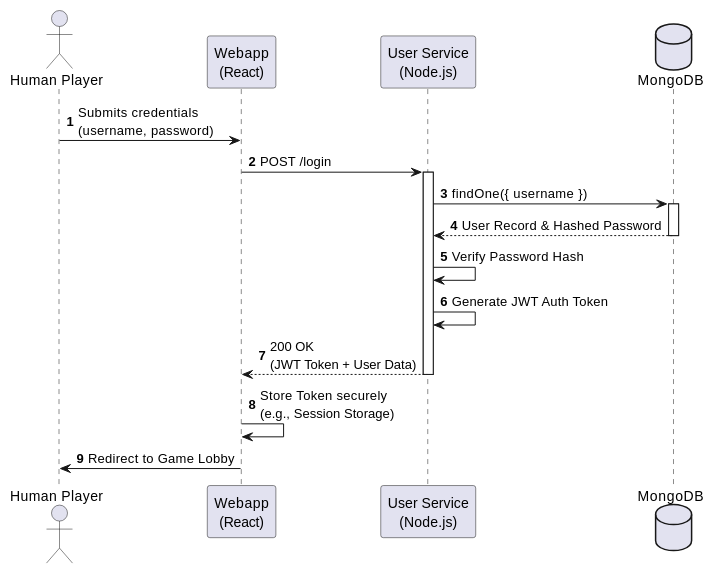
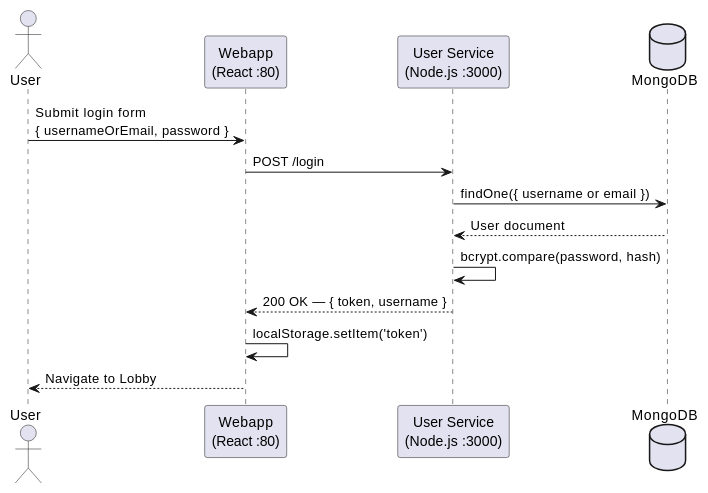
The fourth of 5 diagrams in docs/src/06_runtime_view.adoc (Arquisoft/yovi_en1a), drawn with PlantUML before and after one commit. The commit also changed other lines of this file and 1 other file, not shown here.

```diff
--- a/docs/src/06_runtime_view.adoc
+++ b/docs/src/06_runtime_view.adoc
@@ -133,28 +76,18 @@
 [plantuml, target="auth-flow", format="png"]
 ----
 @startuml
-autonumber
-actor "Human Player" as User
-participant "Webapp\n(React)" as UI
-participant "User Service\n(Node.js)" as Node
+actor "User" as User
+participant "Webapp\n(React :80)" as Webapp
+participant "User Service\n(Node.js :3000)" as Users
 database "MongoDB" as DB
 
-User -> UI : Submits credentials\n(username, password)
-UI -> Node : POST /login
-activate Node
-
-Node -> DB : findOne({ username })
-activate DB
-DB --> Node : User Record & Hashed Password
-deactivate DB
-
-Node -> Node : Verify Password Hash
-Node -> Node : Generate JWT Auth Token
-
-Node --> UI : 200 OK \n(JWT Token + User Data)
-deactivate Node
-
-UI -> UI : Store Token securely\n(e.g., Session Storage)
-UI -> User : Redirect to Game Lobby
+User -> Webapp : Submit login form\n{ usernameOrEmail, password }
+Webapp -> Users : POST /login
+Users -> DB : findOne({ username or email })
+DB --> Users : User document
+Users -> Users : bcrypt.compare(password, hash)
+Users --> Webapp : 200 OK — { token, username }
+Webapp -> Webapp : localStorage.setItem('token')
+Webapp --> User : Navigate to Lobby
 @enduml
 ----
```
